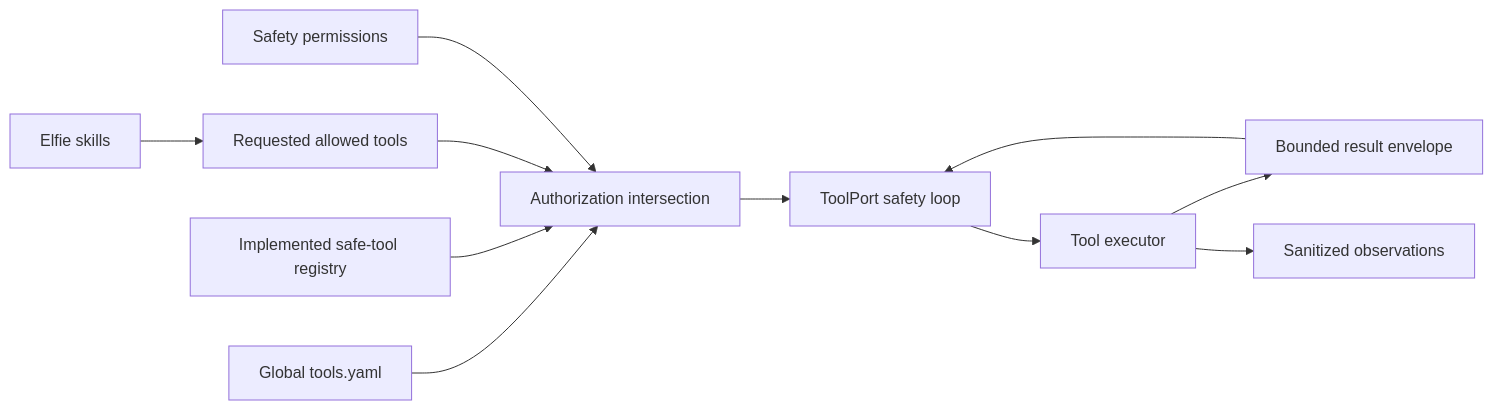
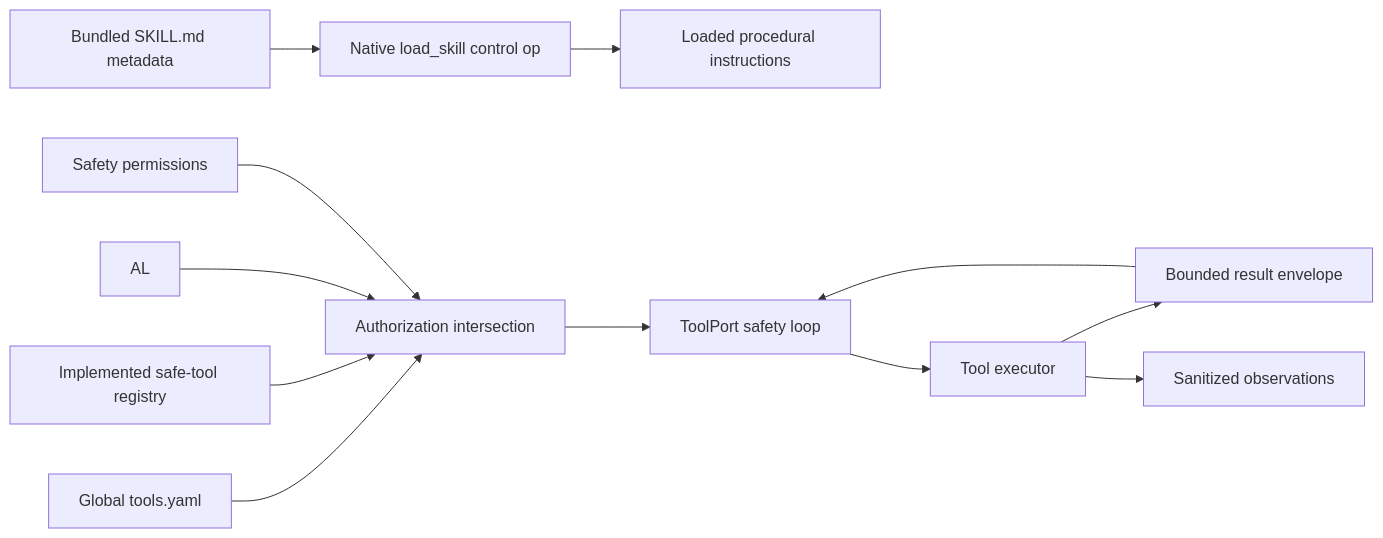
One commit to elfie-univ/ElfieNest changed the second of 2 diagrams in docs/developer/contracts/model-food-tool-behavior.md. Above: the diagram before and after it, drawn with Mermaid. The commit also changed other lines of this file and 94 other files, not shown here.

Commit message:
feat(brain): separate standard skills from native tools

````diff
--- a/docs/developer/contracts/model-food-tool-behavior.md
+++ b/docs/developer/contracts/model-food-tool-behavior.md
@@ -609,13 +609,14 @@
 ```mermaid
 flowchart LR
-  SK["Elfie skills"] --> AL["Requested allowed tools"]
+  SK["Bundled SKILL.md metadata"] --> SL["Native load_skill control op"]
+  SL --> SO["Loaded procedural instructions"]
   GC["Global tools.yaml"] --> IX["Authorization intersection"]
   IR["Implemented safe-tool registry"] --> IX
   AL --> IX
   PM["Safety permissions"] --> IX
   IX --> TL["ToolPort safety loop"]
   TL --> EX["Tool executor"]
   EX --> BD["Bounded result envelope"]
   BD --> TL
   EX --> OB["Sanitized observations"]
 ```
````
